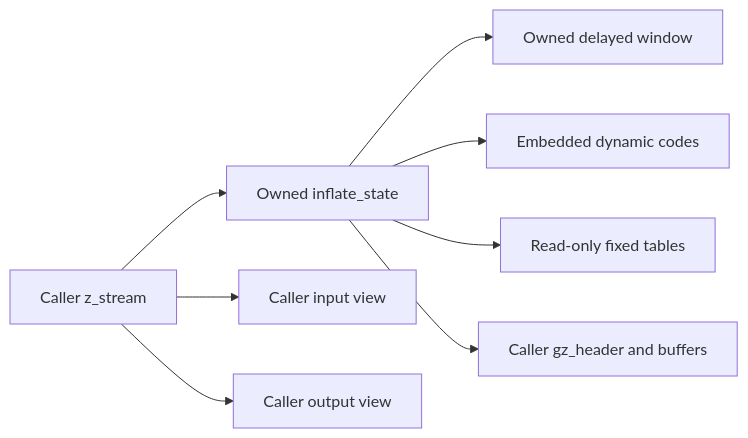
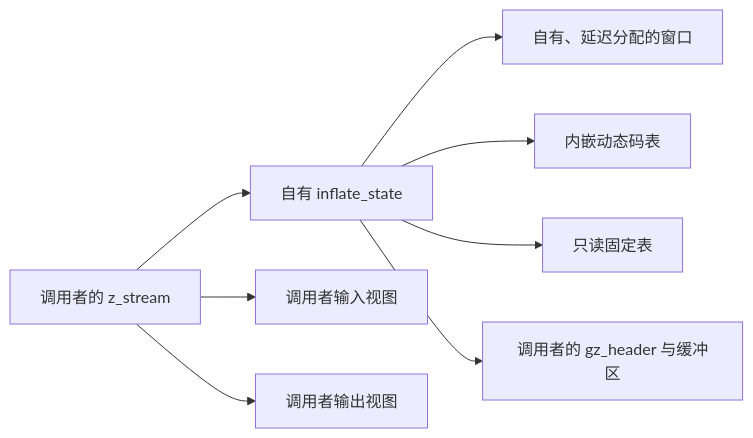
One commit to cla7aye15I4nd/zlib-f changed the first of 2 diagrams in site/translations/proof/inflate.zh.md. Above: the diagram before and after it, drawn with Mermaid. The commit also changed other lines of this file and 61 other files, not shown here.

````diff
--- a/site/translations/proof/inflate.zh.md
+++ b/site/translations/proof/inflate.zh.md
@@ -20,10 +25,10 @@
 ```mermaid
 flowchart LR
-    Stream["Caller z_stream"] --> State["Owned inflate_state"]
-    State --> Window["Owned delayed window"]
-    State --> Codes["Embedded dynamic codes"]
-    State --> Fixed["Read-only fixed tables"]
-    State --> Header["Caller gz_header and buffers"]
-    Stream --> Input["Caller input view"]
-    Stream --> Output["Caller output view"]
+    Stream["调用者的 z_stream"] --> State["自有 inflate_state"]
+    State --> Window["自有、延迟分配的窗口"]
+    State --> Codes["内嵌动态码表"]
+    State --> Fixed["只读固定表"]
+    State --> Header["调用者的 gz_header 与缓冲区"]
+    Stream --> Input["调用者输入视图"]
+    Stream --> Output["调用者输出视图"]
 ```
````
